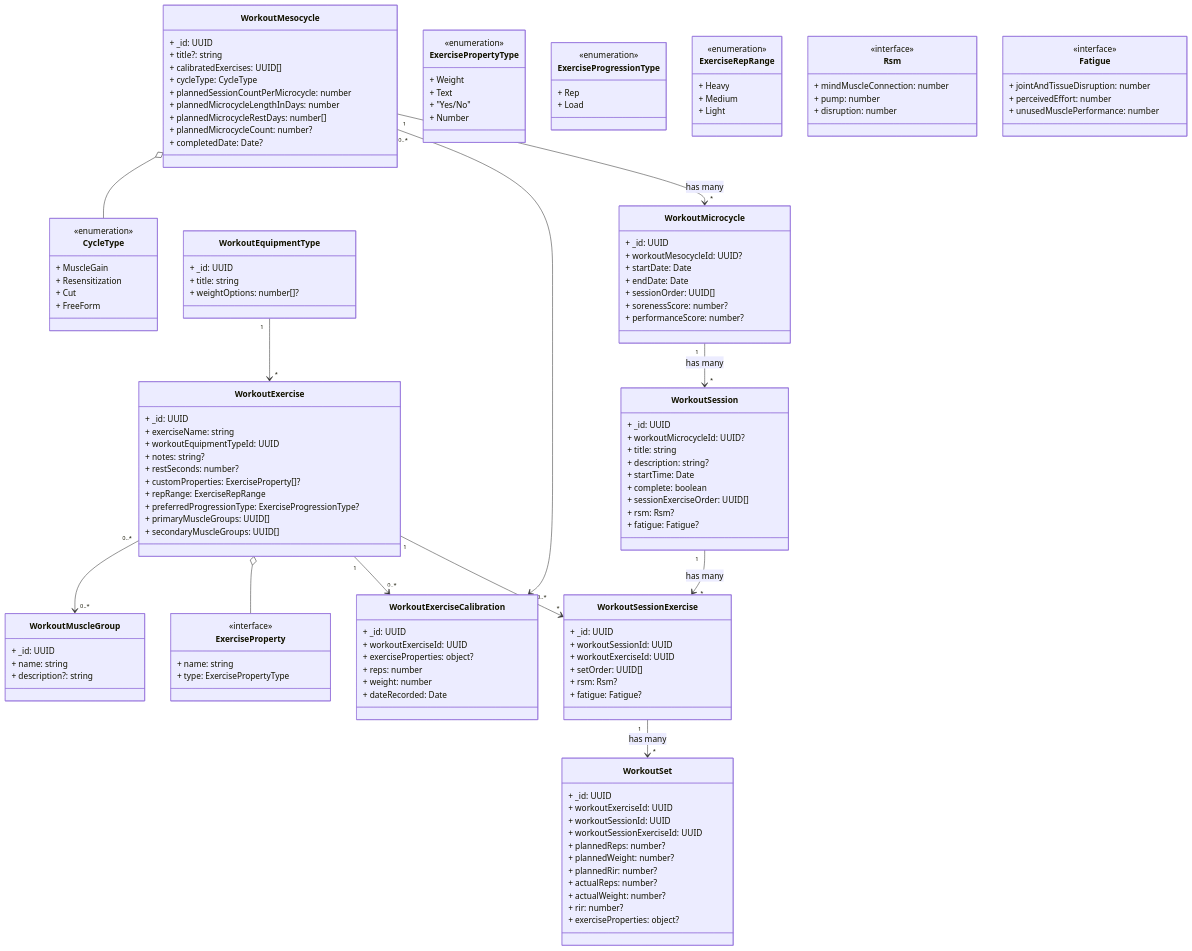
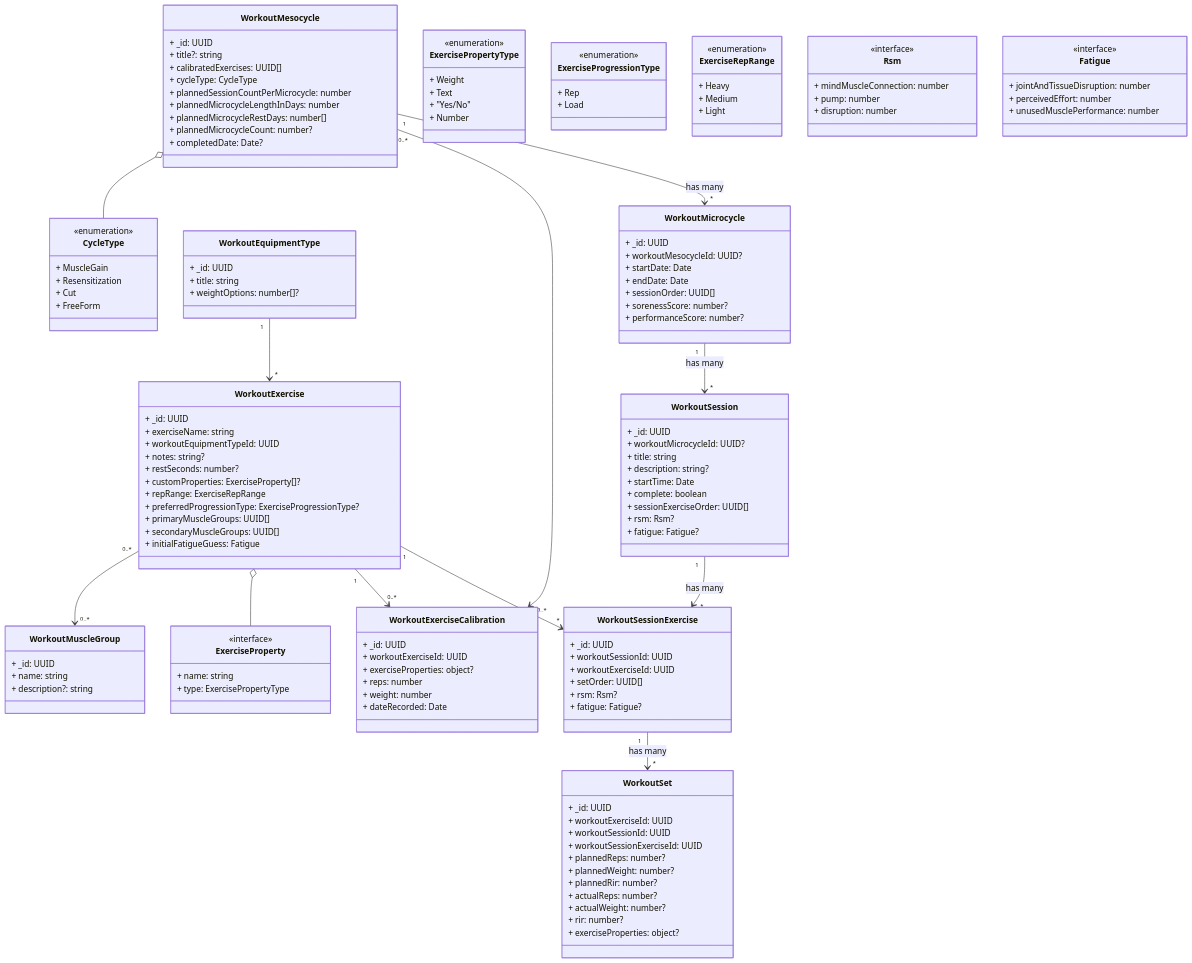
One commit to aneuhold/ts-libs changed the first of 2 diagrams in packages/core-ts-db-lib/src/documents/workout/README.md. Above: the diagram before and after it, drawn with Mermaid. The commit also changed other lines of this file and 7 other files, not shown here.

```diff
--- a/packages/core-ts-db-lib/src/documents/workout/README.md
+++ b/packages/core-ts-db-lib/src/documents/workout/README.md
@@ -72,6 +72,7 @@
     + preferredProgressionType: ExerciseProgressionType?
     + primaryMuscleGroups: UUID[]
     + secondaryMuscleGroups: UUID[]
+    + initialFatigueGuess: Fatigue
   }
 
   class WorkoutMuscleGroup {
```
